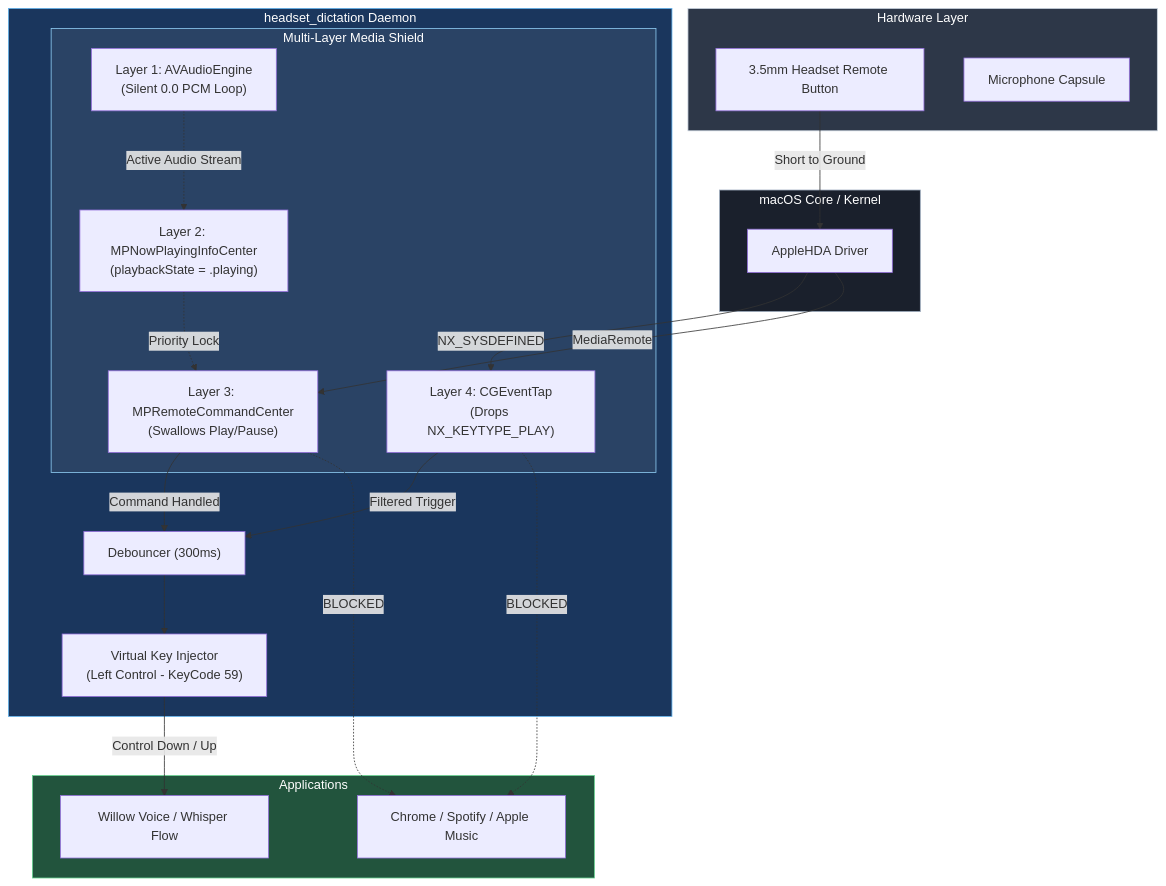
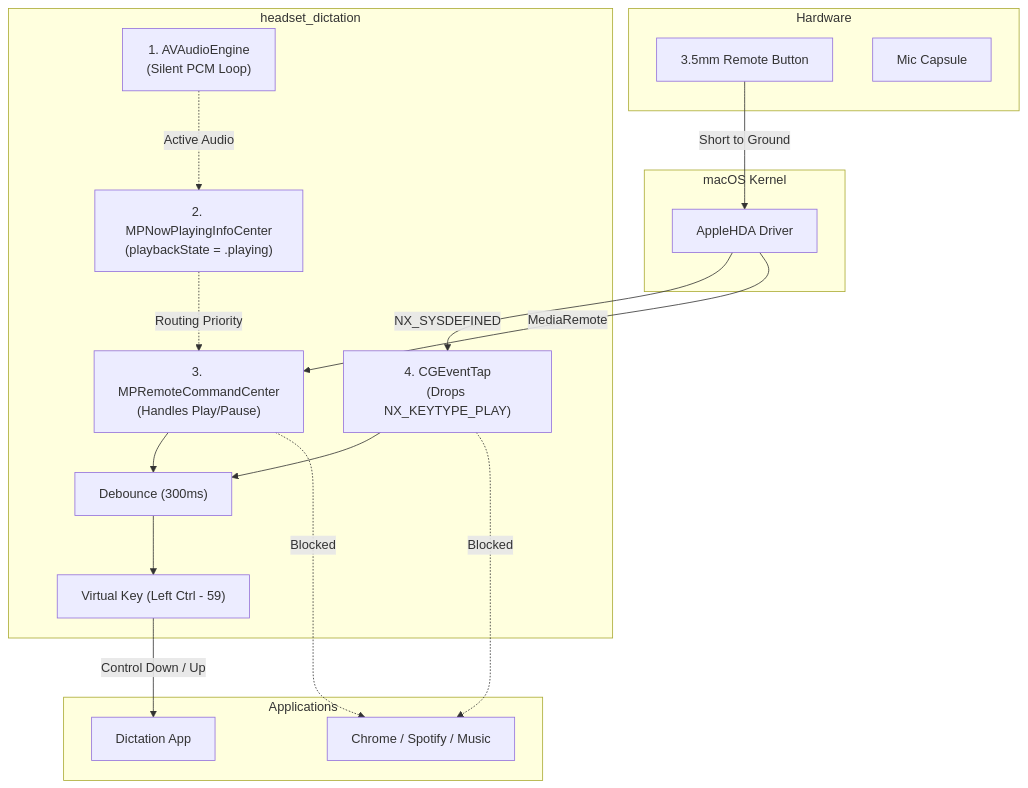
One commit to matgCodes/headset-dictation changed the second of 2 diagrams in README.md. Above: the diagram before and after it, drawn with Mermaid. The commit also changed other lines of this file and 1 other file, not shown here.

Commit message:
docs: simplify readme and code comments using plain technical language

````diff
--- a/README.md
+++ b/README.md
@@ -179,49 +165,41 @@
 ```mermaid
 graph TD
-    subgraph Hardware ["Hardware Layer"]
-        HW_BTN["3.5mm Headset Remote Button"]
-        HW_MIC["Microphone Capsule"]
+    subgraph Hardware ["Hardware"]
+        HW_BTN["3.5mm Remote Button"]
+        HW_MIC["Mic Capsule"]
     end
 
-    subgraph OS_Kernel ["macOS Core / Kernel"]
+    subgraph Kernel ["macOS Kernel"]
         HDA["AppleHDA Driver"]
     end
 
-    subgraph Daemon ["headset_dictation Daemon"]
-        subgraph Media_Shield ["Multi-Layer Media Shield"]
-            L1["Layer 1: AVAudioEngine<br/>(Silent 0.0 PCM Loop)"]
-            L2["Layer 2: MPNowPlayingInfoCenter<br/>(playbackState = .playing)"]
-            L3["Layer 3: MPRemoteCommandCenter<br/>(Swallows Play/Pause)"]
-            L4["Layer 4: CGEventTap<br/>(Drops NX_KEYTYPE_PLAY)"]
-        end
-        DEBOUNCE["Debouncer (300ms)"]
-        VKEY["Virtual Key Injector<br/>(Left Control - KeyCode 59)"]
+    subgraph Daemon ["headset_dictation"]
+        L1["1. AVAudioEngine<br/>(Silent PCM Loop)"]
+        L2["2. MPNowPlayingInfoCenter<br/>(playbackState = .playing)"]
+        L3["3. MPRemoteCommandCenter<br/>(Handles Play/Pause)"]
+        L4["4. CGEventTap<br/>(Drops NX_KEYTYPE_PLAY)"]
+        DEBOUNCE["Debounce (300ms)"]
+        VKEY["Virtual Key (Left Ctrl - 59)"]
     end
 
     subgraph Targets ["Applications"]
-        WILLOW["Willow Voice / Whisper Flow"]
-        EXT_MEDIA["Chrome / Spotify / Apple Music"]
+        DICT["Dictation App"]
+        MEDIA["Chrome / Spotify / Music"]
     end
 
     HW_BTN -->|Short to Ground| HDA
     HDA -->|NX_SYSDEFINED| L4
     HDA -->|MediaRemote| L3
 
-    L1 -.->|Active Audio Stream| L2
-    L2 -.->|Priority Lock| L3
+    L1 -.->|Active Audio| L2
+    L2 -.->|Routing Priority| L3
     
-    L4 -->|Filtered Trigger| DEBOUNCE
-    L3 -->|Command Handled| DEBOUNCE
+    L4 --> DEBOUNCE
+    L3 --> DEBOUNCE
     
     DEBOUNCE --> VKEY
-    VKEY -->|Control Down / Up| WILLOW
+    VKEY -->|Control Down / Up| DICT
 
-    L3 -.->|BLOCKED| EXT_MEDIA
-    L4 -.->|BLOCKED| EXT_MEDIA
-
-    style Hardware fill:#2d3748,stroke:#cbd5e0,color:#fff
-    style OS_Kernel fill:#1a202c,stroke:#a0aec0,color:#fff
-    style Daemon fill:#1a365d,stroke:#63b3ed,color:#fff
-    style Media_Shield fill:#2a4365,stroke:#90cdf4,color:#fff
-    style Targets fill:#22543d,stroke:#68d391,color:#fff
+    L3 -.->|Blocked| MEDIA
+    L4 -.->|Blocked| MEDIA
 ```
````
